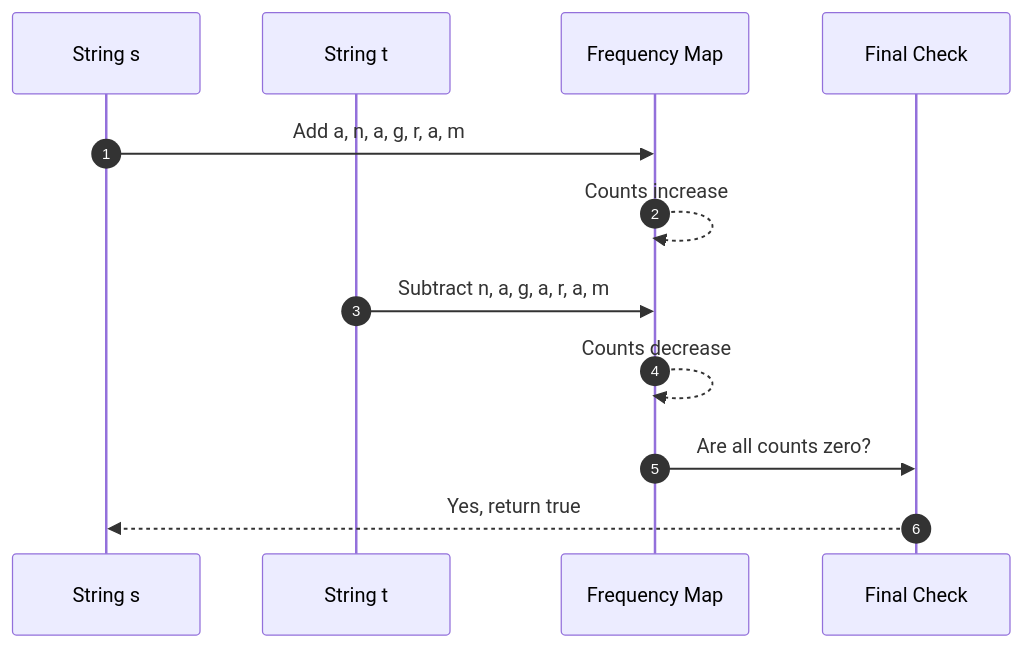
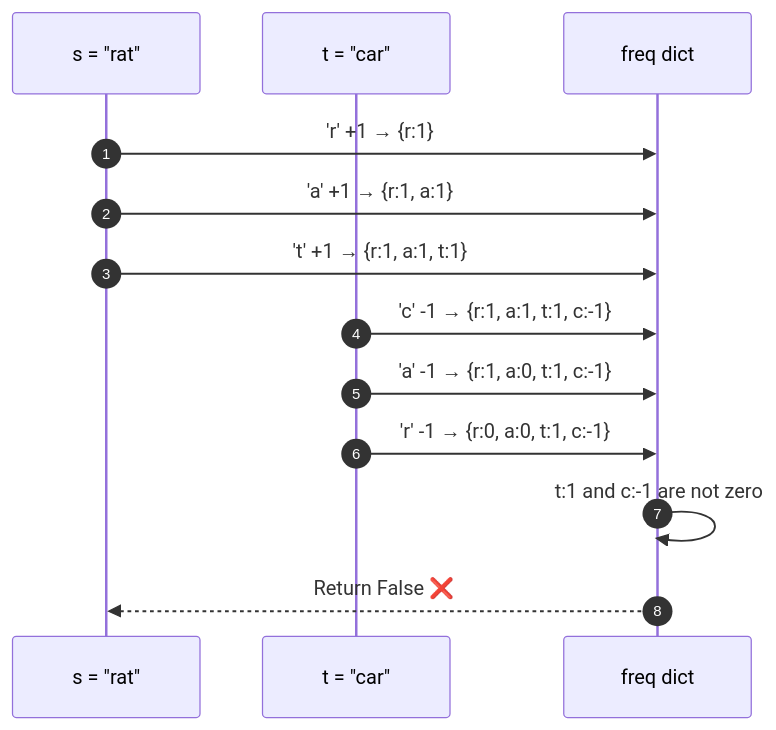
Before and after one commit to M-F-Tushar/LeetCode-Problem-Solving: diagram 13 of 15 in 03 - Valid Anagram/README.md, drawn with Mermaid. The commit also changed other lines of this file, not shown here.

````diff
--- a/03 - Valid Anagram/README.md
+++ b/03 - Valid Anagram/README.md
@@ -470,17 +393,18 @@
 ```mermaid
 sequenceDiagram
     autonumber
-    participant S as String s
-    participant T as String t
-    participant Map as Frequency Map
-    participant Check as Final Check
+    participant S as s = "rat"
+    participant T as t = "car"
+    participant F as freq dict
 
-    S->>Map: Add a, n, a, g, r, a, m
-    Map-->>Map: Counts increase
+    S->>F: 'r' +1 → {r:1}
+    S->>F: 'a' +1 → {r:1, a:1}
+    S->>F: 't' +1 → {r:1, a:1, t:1}
 
-    T->>Map: Subtract n, a, g, a, r, a, m
-    Map-->>Map: Counts decrease
+    T->>F: 'c' -1 → {r:1, a:1, t:1, c:-1}
+    T->>F: 'a' -1 → {r:1, a:0, t:1, c:-1}
+    T->>F: 'r' -1 → {r:0, a:0, t:1, c:-1}
 
-    Map->>Check: Are all counts zero?
-    Check-->>S: Yes, return true
+    F->>F: t:1 and c:-1 are not zero
+    F-->>S: Return False ❌
 ```
````
